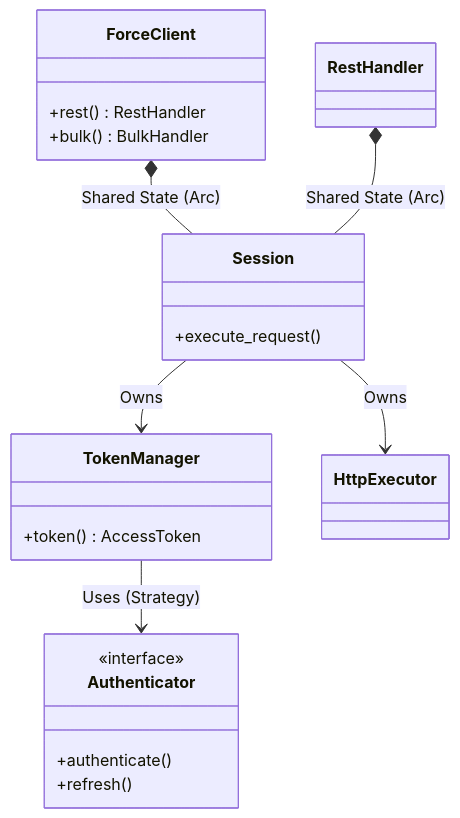
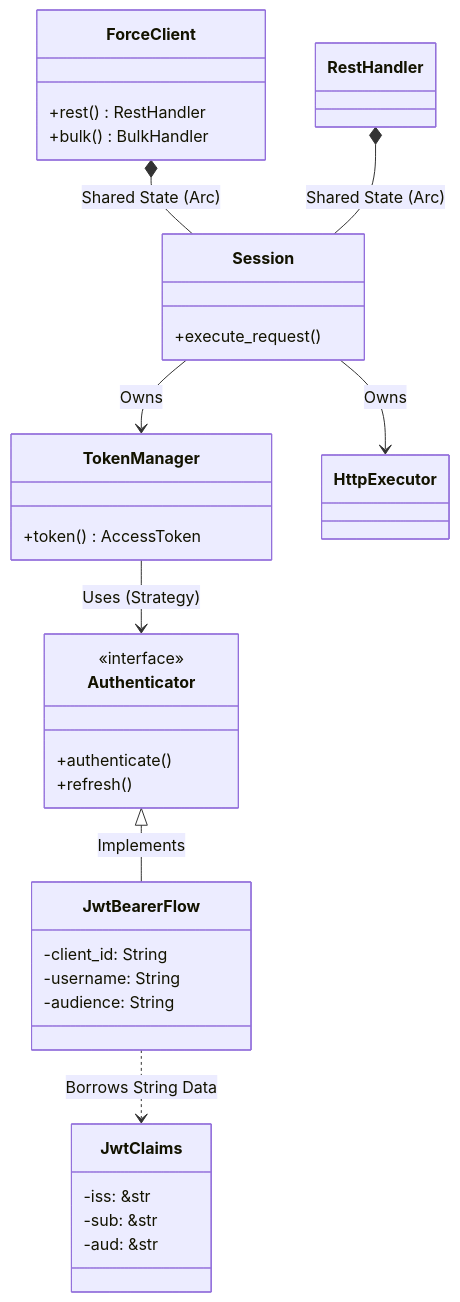
One commit to madmax983/force-rs changed the third of 8 diagrams in docs/architecture.md. Above: the diagram before and after it, drawn with Mermaid. The commit also changed 1 other file, not shown here.

Commit message:
Add ADR 018 for JwtClaims optimization and update Architecture map

````diff
--- a/docs/architecture.md
+++ b/docs/architecture.md
@@ -49,25 +49,37 @@
 ```mermaid
 classDiagram
   class ForceClient {
     +rest() RestHandler
     +bulk() BulkHandler
   }
   class Session {
     +execute_request()
   }
   class TokenManager {
     +token() AccessToken
   }
   class Authenticator {
     <<interface>>
     +authenticate()
     +refresh()
   }
+  class JwtBearerFlow {
+    -client_id: String
+    -username: String
+    -audience: String
+  }
+  class JwtClaims {
+    -iss: &str
+    -sub: &str
+    -aud: &str
+  }
   class RestHandler
 
   ForceClient *-- Session : Shared State (Arc)
   RestHandler *-- Session : Shared State (Arc)
   Session --> TokenManager : Owns
   Session --> HttpExecutor : Owns
   TokenManager --> Authenticator : Uses (Strategy)
+  Authenticator <|-- JwtBearerFlow : Implements
+  JwtBearerFlow ..> JwtClaims : Borrows String Data
 ```
````
